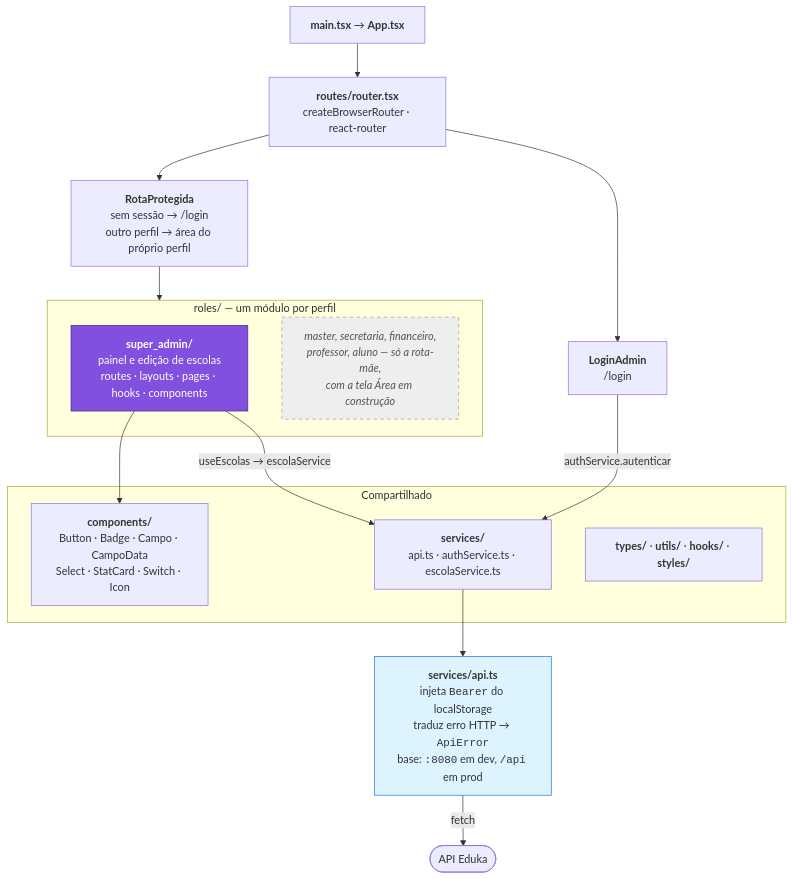
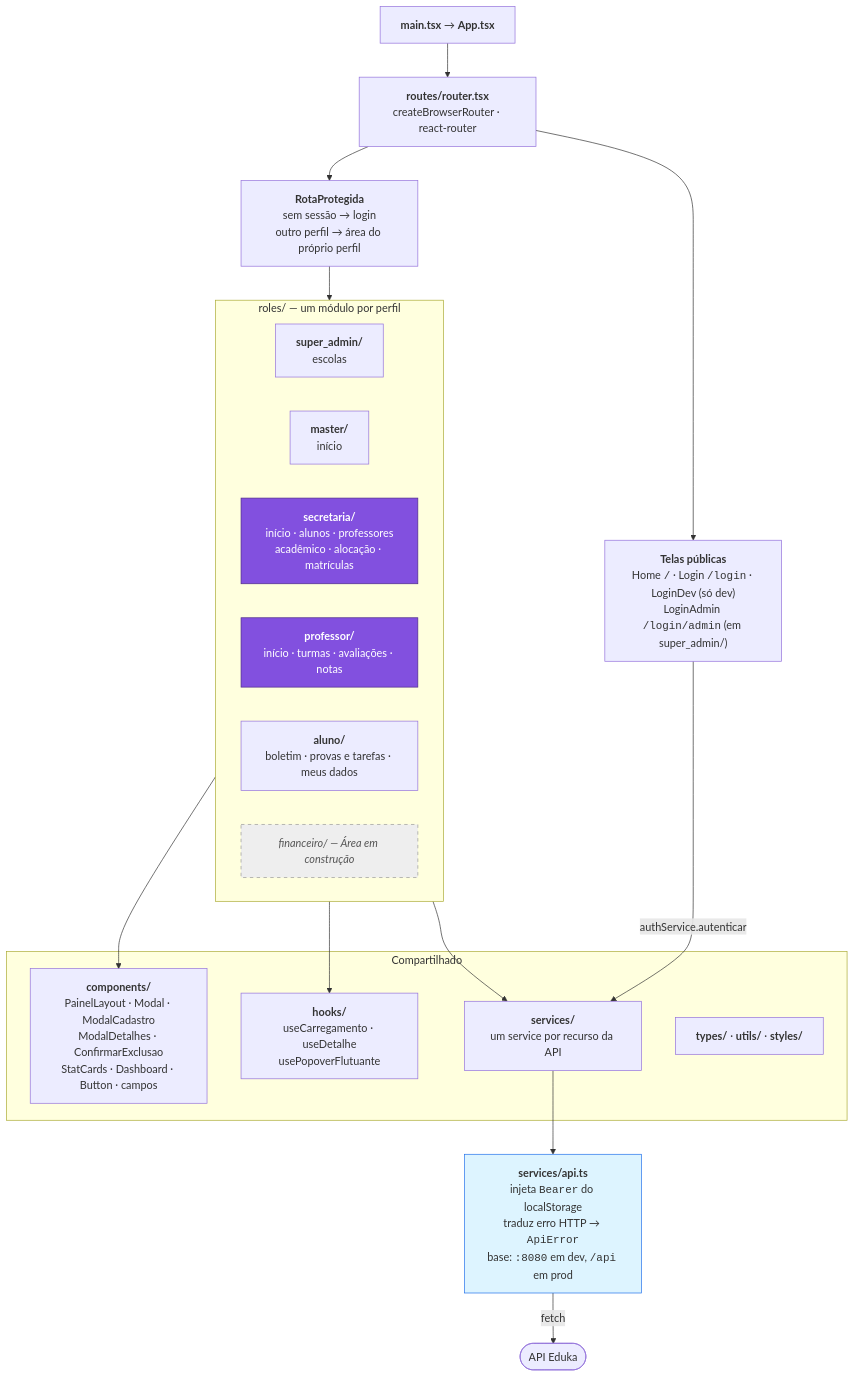
Before and after one commit to ICEI-PUC-Minas-PMGES-TI/pmg-es-2026-2-ti3-9577100-eduka: the sixth of 6 diagrams in Artefatos/arquitetura/arquitetura-da-solucao.md, drawn with Mermaid. The commit also changed other lines of this file and 3 other files, not shown here.

````diff
--- a/Artefatos/arquitetura/arquitetura-da-solucao.md
+++ b/Artefatos/arquitetura/arquitetura-da-solucao.md
@@ -316,35 +357,41 @@
 ```mermaid
 flowchart TB
     MAIN["<b>main.tsx</b> → <b>App.tsx</b>"]
     ROUTER["<b>routes/router.tsx</b><br/>createBrowserRouter · react-router"]
 
-    GUARD["<b>RotaProtegida</b><br/>sem sessão → /login<br/>outro perfil → área do próprio perfil"]
+    PUB["<b>Telas públicas</b><br/>Home <code>/</code> · Login <code>/login</code> · LoginDev (só dev)<br/>LoginAdmin <code>/login/admin</code> (em super_admin/)"]
+    GUARD["<b>RotaProtegida</b><br/>sem sessão → login<br/>outro perfil → área do próprio perfil"]
 
     subgraph roles["roles/ — um módulo por perfil"]
-        SAD["<b>super_admin/</b><br/>painel e edição de escolas<br/>routes · layouts · pages · hooks · components"]
-        NEXT["<i>master, secretaria, financeiro,<br/>professor, aluno — só a rota-mãe,<br/>com a tela Área em construção</i>"]
+        SAD["<b>super_admin/</b><br/>escolas"]
+        MAS["<b>master/</b><br/>início"]
+        SEC["<b>secretaria/</b><br/>início · alunos · professores<br/>acadêmico · alocação · matrículas"]
+        PROF["<b>professor/</b><br/>início · turmas · avaliações · notas"]
+        ALU["<b>aluno/</b><br/>boletim · provas e tarefas · meus dados"]
+        FIN["<i>financeiro/ — Área em construção</i>"]
     end
 
-    LOGIN["<b>LoginAdmin</b><br/>/login"]
-
     subgraph shared["Compartilhado"]
-        COMP["<b>components/</b><br/>Button · Badge · Campo · CampoData<br/>Select · StatCard · Switch · Icon"]
-        SRV["<b>services/</b><br/>api.ts · authService.ts · escolaService.ts"]
-        TYPES["<b>types/</b> · <b>utils/</b> · <b>hooks/</b> · <b>styles/</b>"]
+        COMP["<b>components/</b><br/>PainelLayout · Modal · ModalCadastro<br/>ModalDetalhes · ConfirmarExclusao<br/>StatCards · Dashboard · Button · campos"]
+        HOOKS["<b>hooks/</b><br/>useCarregamento · useDetalhe<br/>usePopoverFlutuante"]
+        SRV["<b>services/</b><br/>um service por recurso da API"]
+        TYPES["<b>types/</b> · <b>utils/</b> · <b>styles/</b>"]
     end
 
     API["<b>services/api.ts</b><br/>injeta <code>Bearer</code> do localStorage<br/>traduz erro HTTP → <code>ApiError</code><br/>base: <code>:8080</code> em dev, <code>/api</code> em prod"]
 
     MAIN --> ROUTER
-    ROUTER --> LOGIN
+    ROUTER --> PUB
     ROUTER --> GUARD --> roles
-    LOGIN -->|"authService.autenticar"| SRV
-    SAD --> COMP
-    SAD -->|"useEscolas → escolaService"| SRV
+    PUB -->|"authService.autenticar"| SRV
+    roles --> COMP
+    roles --> HOOKS
+    roles --> SRV
     SRV --> API
     API -->|"fetch"| BACK(["API Eduka"])
 
-    style SAD fill:#8250df,stroke:#4c2889,color:#fff
+    style SEC fill:#8250df,stroke:#4c2889,color:#fff
+    style PROF fill:#8250df,stroke:#4c2889,color:#fff
     style API fill:#ddf4ff,stroke:#1f6feb
-    style NEXT fill:#eee,stroke:#999,color:#555,stroke-dasharray: 5 5
+    style FIN fill:#eee,stroke:#999,color:#555,stroke-dasharray: 5 5
 ```
````
